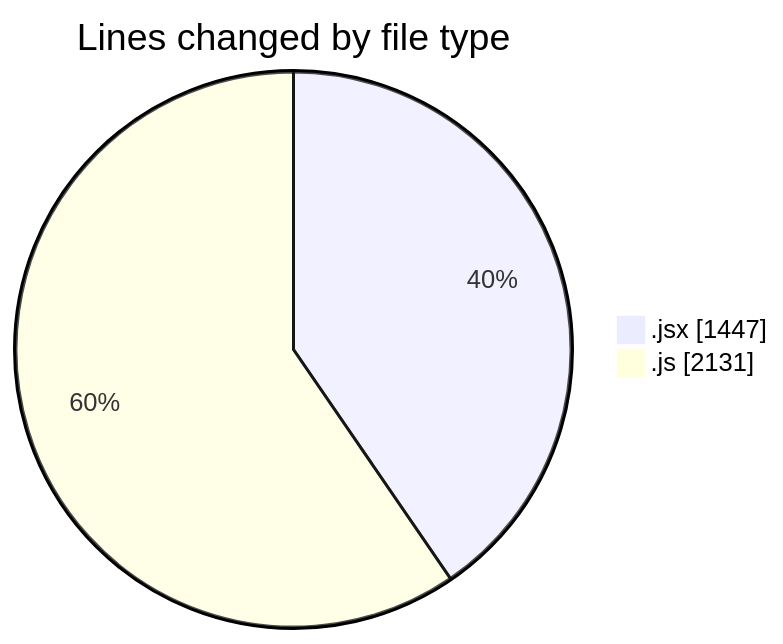
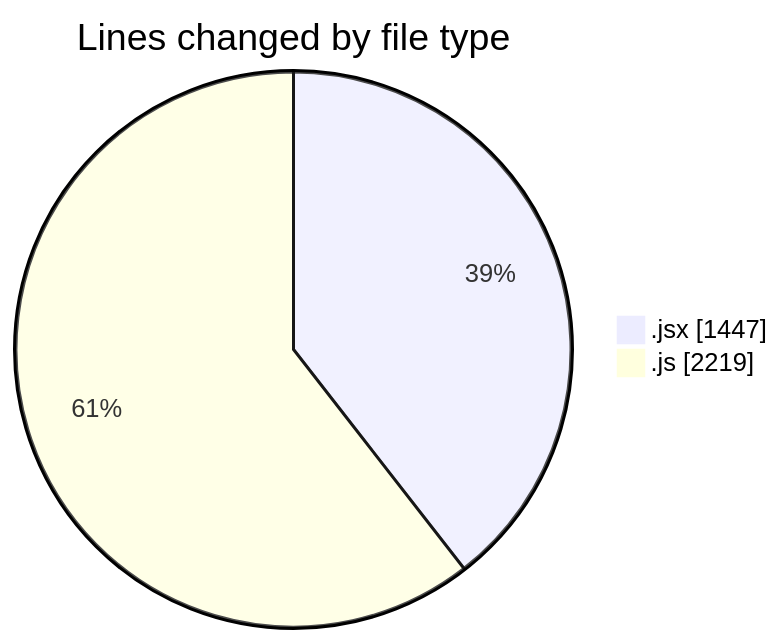
One commit to nxtqubesakshisongat/code-tracking changed the first of 2 diagrams in 2025-09-15/nxtqube_webapp/README.md. Above: the diagram before and after it, drawn with Mermaid. The commit also changed other lines of this file and 1 other file, not shown here.

````diff
--- a/2025-09-15/nxtqube_webapp/README.md
+++ b/2025-09-15/nxtqube_webapp/README.md
@@ -22,6 +22,6 @@
 ```mermaid
 pie showData
 title Lines changed by file type
 ".jsx" : 1447
-".js" : 2131
+".js" : 2219
 ```
````
